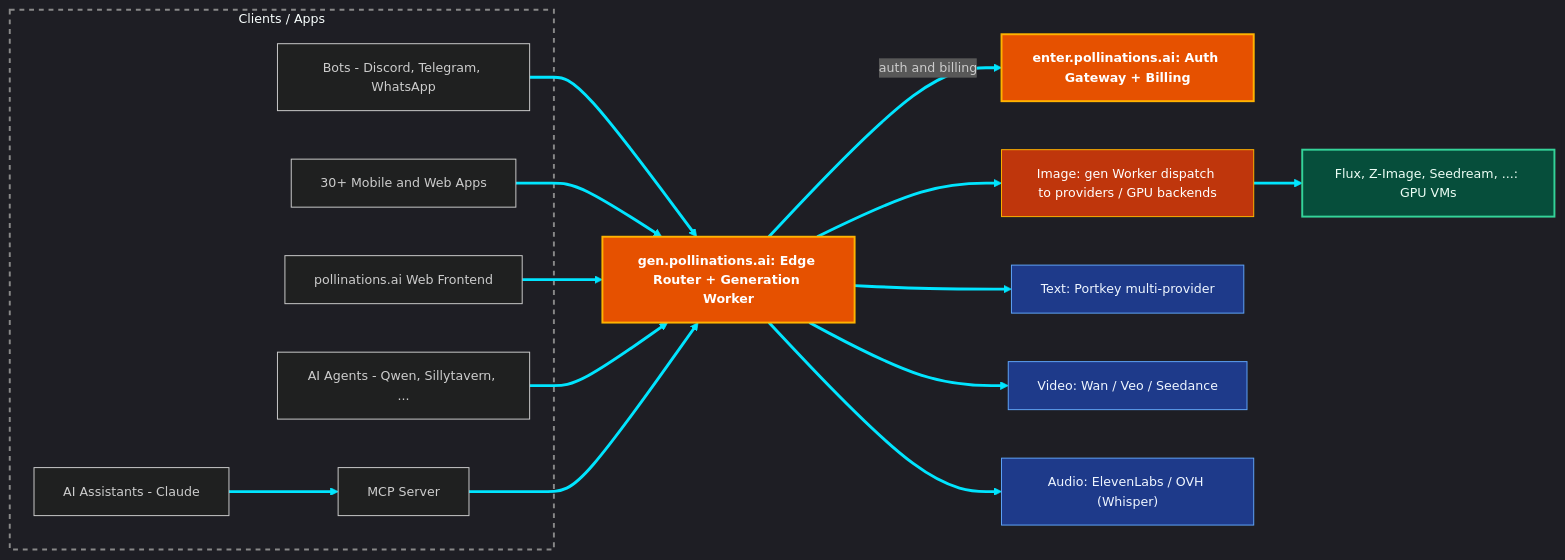
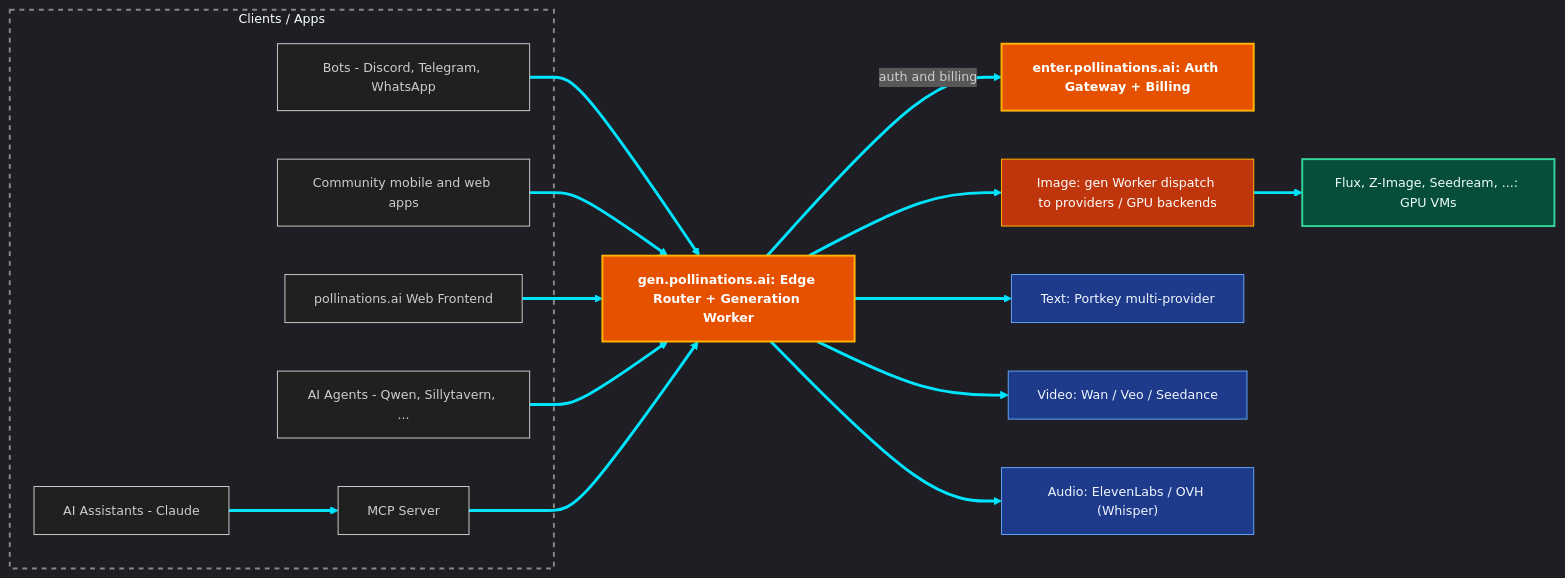
One commit to pollinations/pollinations changed the diagram in README.md. Above: the diagram before and after it, drawn with Mermaid. The commit also changed other lines of this file and 1 other file, not shown here.

````diff
--- a/README.md
+++ b/README.md
@@ -390,38 +140,38 @@
 ```mermaid
 %%{init: {'theme': 'dark', 'themeVariables': { 'background': '#1a1a1a', 'primaryColor': '#2a2a2a', 'primaryBorderColor': '#555555', 'primaryTextColor': '#eeeeee', 'lineColor': '#00e5ff', 'clusterBkg': 'transparent', 'clusterBorder': '#888888', 'fontSize': '13px', 'fontFamily': 'Inter, system-ui, sans-serif'}}}%%
 
 graph LR
     subgraph CLIENTS["Clients / Apps"]
         Q[Bots - Discord, Telegram, WhatsApp]
-        N[30+ Mobile and Web Apps]
+        N[Community mobile and web apps]
         A[pollinations.ai Web Frontend]
         R[AI Agents - Qwen, Sillytavern, ...]
         AI[AI Assistants - Claude]
         MCP[MCP Server]
     end
 
     AI --> MCP
     Q --> GEN
     N --> GEN
     A --> GEN
     R --> GEN
     MCP --> GEN
 
     GEN["gen.pollinations.ai: Edge Router + Generation Worker"]:::cfWorker -->|auth and billing| ENTER["enter.pollinations.ai: Auth Gateway + Billing"]:::cfWorker
 
     GEN --> IMG["Image: gen Worker dispatch to providers / GPU backends"]:::cfWorkerLight
     IMG --> D["Flux, Z-Image, Seedream, ...: GPU VMs"]:::gpuNode
 
     GEN --> TXT["Text: Portkey multi-provider"]:::provider
     GEN --> VID["Video: Wan / Veo / Seedance"]:::provider
     GEN --> AUD["Audio: ElevenLabs / OVH (Whisper)"]:::provider
 
     style CLIENTS fill:none,stroke:#888,stroke-width:2px,stroke-dasharray: 5 5
 
     linkStyle default stroke-width:3px,stroke:#00E5FF
 
     classDef cfWorker fill:#E65100,color:#fff,stroke:#FFB300,stroke-width:2px,font-weight:bold
     classDef cfWorkerLight fill:#BF360C,color:#fff,stroke:#FFB300,stroke-width:1px
     classDef gpuNode fill:#064E3B,stroke:#34D399,color:#ECFDF5,stroke-width:2px
     classDef provider fill:#1E3A8A,stroke:#60A5FA,color:#EFF6FF,stroke-width:1px
 ```
````
